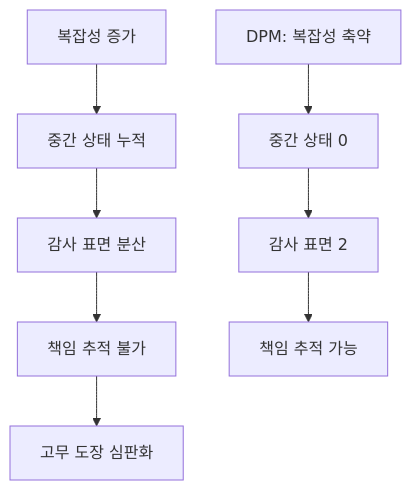
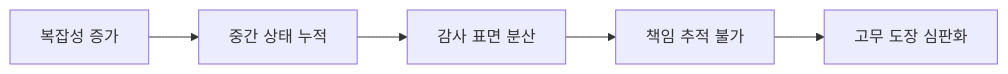
The third of 4 diagrams in _posts/2026-04-27-stateless-decision-memory-enterprise.md (pheeree/pheeree.github.io), drawn with Mermaid before and after one commit. The commit also changed other lines of this file and 10 other files, not shown here.

````diff
--- a/_posts/2026-04-27-stateless-decision-memory-enterprise.md
+++ b/_posts/2026-04-27-stateless-decision-memory-enterprise.md
@@ -40,10 +50,4 @@
 ```mermaid
-flowchart TB
-    A[복잡성 증가] --> B[중간 상태 누적]
-    B --> C[감사 표면 분산]
-    C --> D[책임 추적 불가]
-    D --> E[고무 도장 심판화]
-    A2[DPM: 복잡성 축약] --> B2[중간 상태 0]
-    B2 --> C2[감사 표면 2]
-    C2 --> F[책임 추적 가능]
+flowchart LR
+  A["복잡성 증가"] --> B["중간 상태 누적"] --> C["감사 표면 분산"] --> D["책임 추적 불가"] --> E["고무 도장 심판화"]
 ```
````
